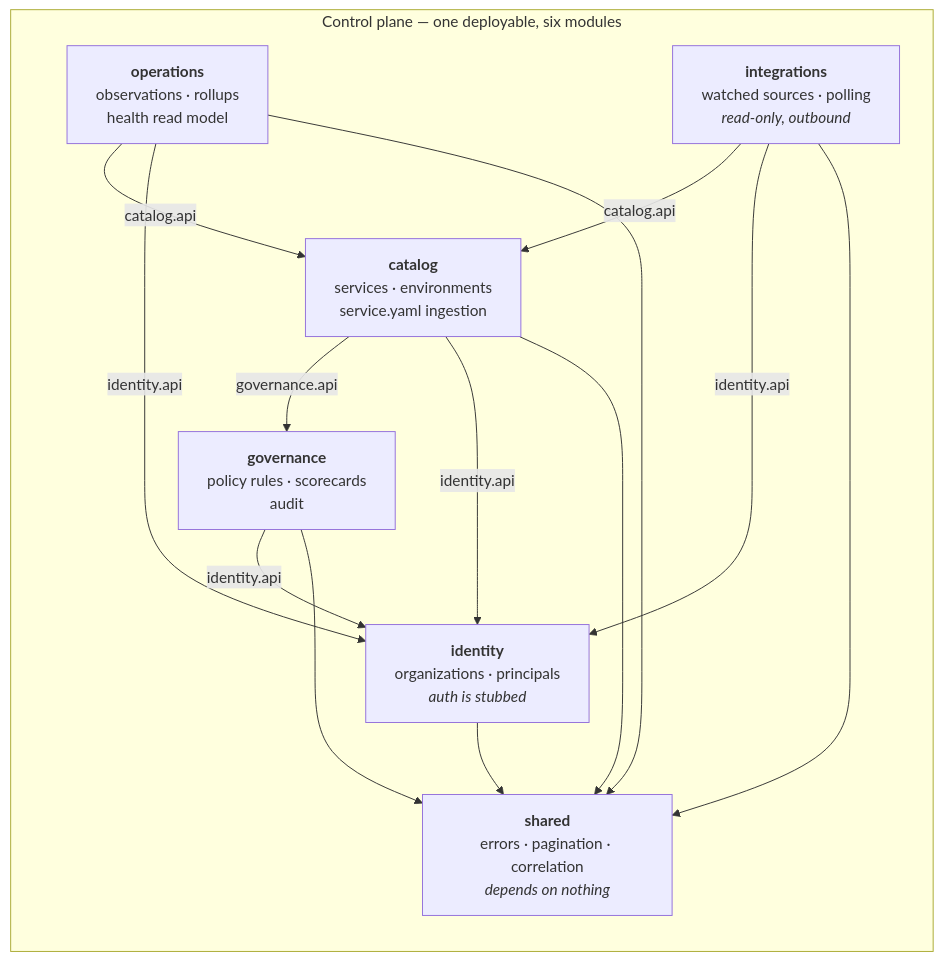
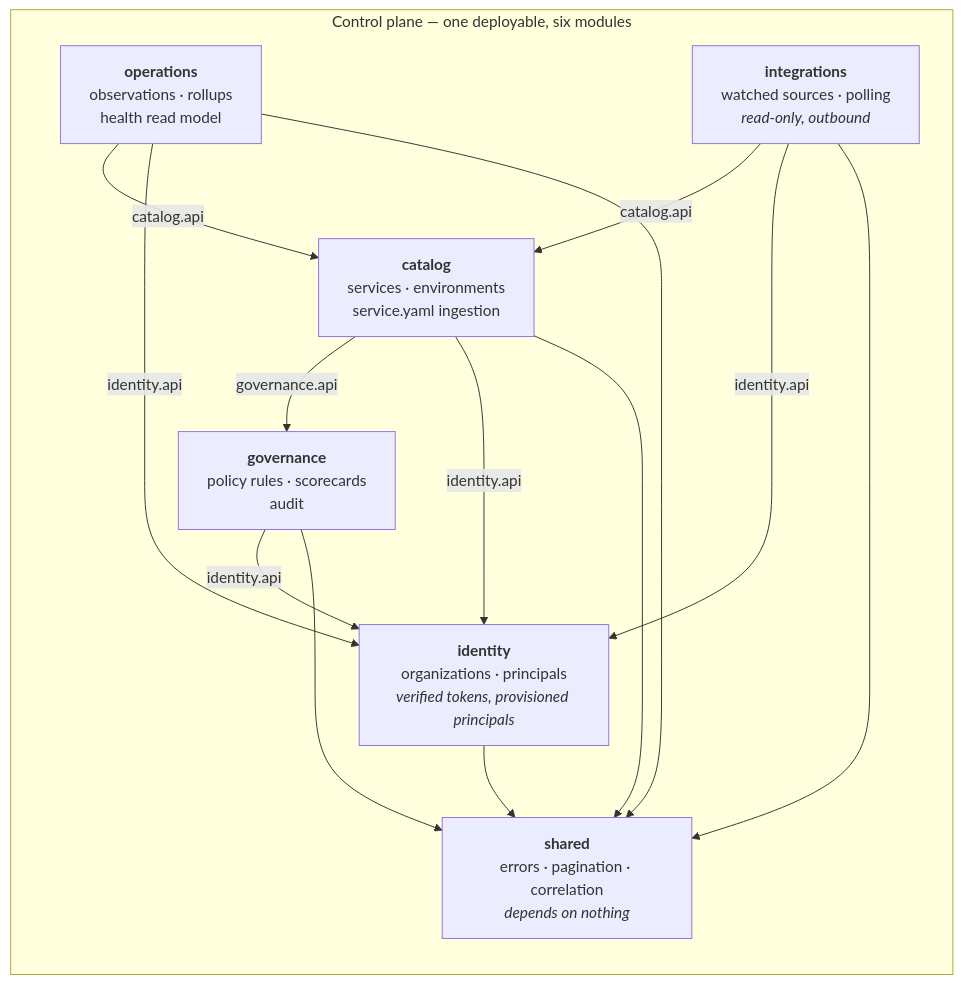
Before and after one commit to HoseaCodes/OpsAtlas: the second of 5 diagrams in docs/architecture/slice-one.md, drawn with Mermaid. The commit also changed other lines of this file and 3 other files, not shown here.

````diff
--- a/docs/architecture/slice-one.md
+++ b/docs/architecture/slice-one.md
@@ -55,25 +55,25 @@
 ```mermaid
 flowchart TD
     subgraph cp["Control plane — one deployable, six modules"]
         direction TB
         operations["<b>operations</b><br/>observations · rollups<br/>health read model"]
         integrations["<b>integrations</b><br/>watched sources · polling<br/><i>read-only, outbound</i>"]
         catalog["<b>catalog</b><br/>services · environments<br/>service.yaml ingestion"]
         governance["<b>governance</b><br/>policy rules · scorecards<br/>audit"]
-        identity["<b>identity</b><br/>organizations · principals<br/><i>auth is stubbed</i>"]
+        identity["<b>identity</b><br/>organizations · principals<br/><i>verified tokens, provisioned principals</i>"]
         shared["<b>shared</b><br/>errors · pagination · correlation<br/><i>depends on nothing</i>"]
     end
 
     integrations -->|"catalog.api"| catalog
     integrations -->|"identity.api"| identity
     operations -->|"catalog.api"| catalog
     operations -->|"identity.api"| identity
     catalog -->|"governance.api"| governance
     catalog -->|"identity.api"| identity
     governance -->|"identity.api"| identity
     integrations --> shared
     operations --> shared
     catalog --> shared
     governance --> shared
     identity --> shared
 ```
````
